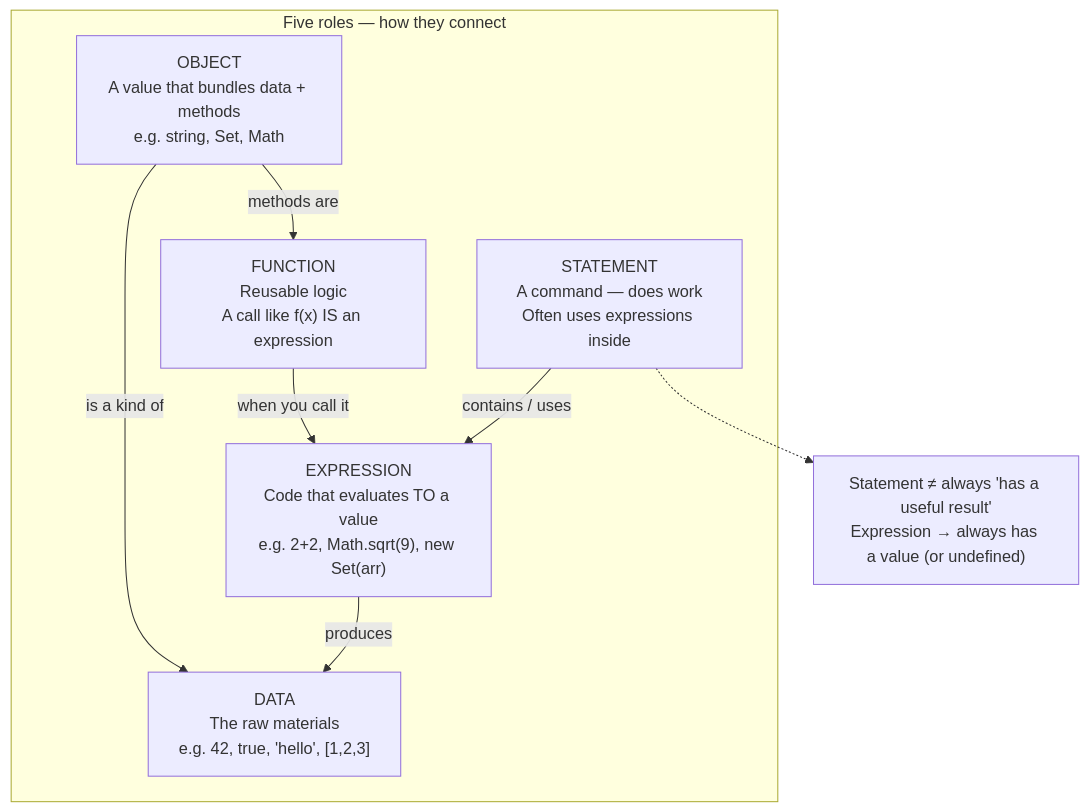
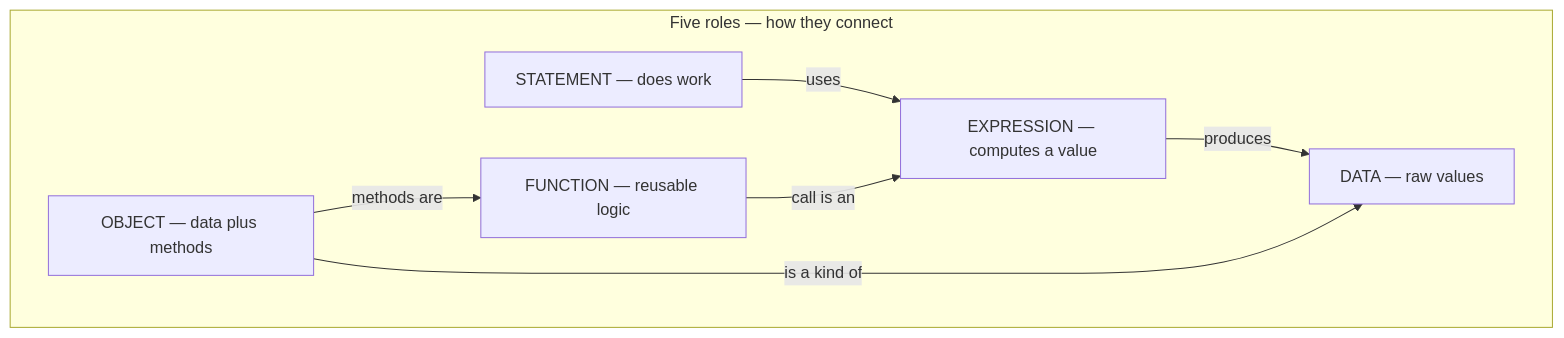
One commit to shengji-forward/code-need-to-understand changed the first of 5 diagrams in learning-summary/cs61a-composing-programs/sessions/01-1.1-getting-started/concept-map.md. Above: the diagram before and after it, drawn with Mermaid. The commit also changed other lines of this file and 27 other files, not shown here.

````diff
--- a/learning-summary/cs61a-composing-programs/sessions/01-1.1-getting-started/concept-map.md
+++ b/learning-summary/cs61a-composing-programs/sessions/01-1.1-getting-started/concept-map.md
@@ -9,19 +84,16 @@
 ```mermaid
 flowchart TB
     subgraph roles["Five roles — how they connect"]
-        DATA["DATA<br/>The raw materials<br/>e.g. 42, true, 'hello', [1,2,3]"]
-        EXPR["EXPRESSION<br/>Code that evaluates TO a value<br/>e.g. 2+2, Math.sqrt(9), new Set(arr)"]
-        FUNC["FUNCTION<br/>Reusable logic<br/>A call like f(x) IS an expression"]
-        OBJ["OBJECT<br/>A value that bundles data + methods<br/>e.g. string, Set, Math"]
-        STMT["STATEMENT<br/>A command — does work<br/>Often uses expressions inside"]
+        DATA["DATA — raw values"]
+        EXPR["EXPRESSION — computes a value"]
+        FUNC["FUNCTION — reusable logic"]
+        OBJ["OBJECT — data plus methods"]
+        STMT["STATEMENT — does work"]
     end
 
-    EXPR -->|"produces"| DATA
-    STMT -->|"contains / uses"| EXPR
-    FUNC -->|"when you call it"| EXPR
-    OBJ -->|"is a kind of"| DATA
-    OBJ -->|"methods are"| FUNC
-
-    note1["Statement ≠ always 'has a useful result'<br/>Expression → always has a value (or undefined)"]
-    STMT -.-> note1
+    EXPR -->|produces| DATA
+    STMT -->|uses| EXPR
+    FUNC -->|call is an| EXPR
+    OBJ -->|is a kind of| DATA
+    OBJ -->|methods are| FUNC
 ```
````
